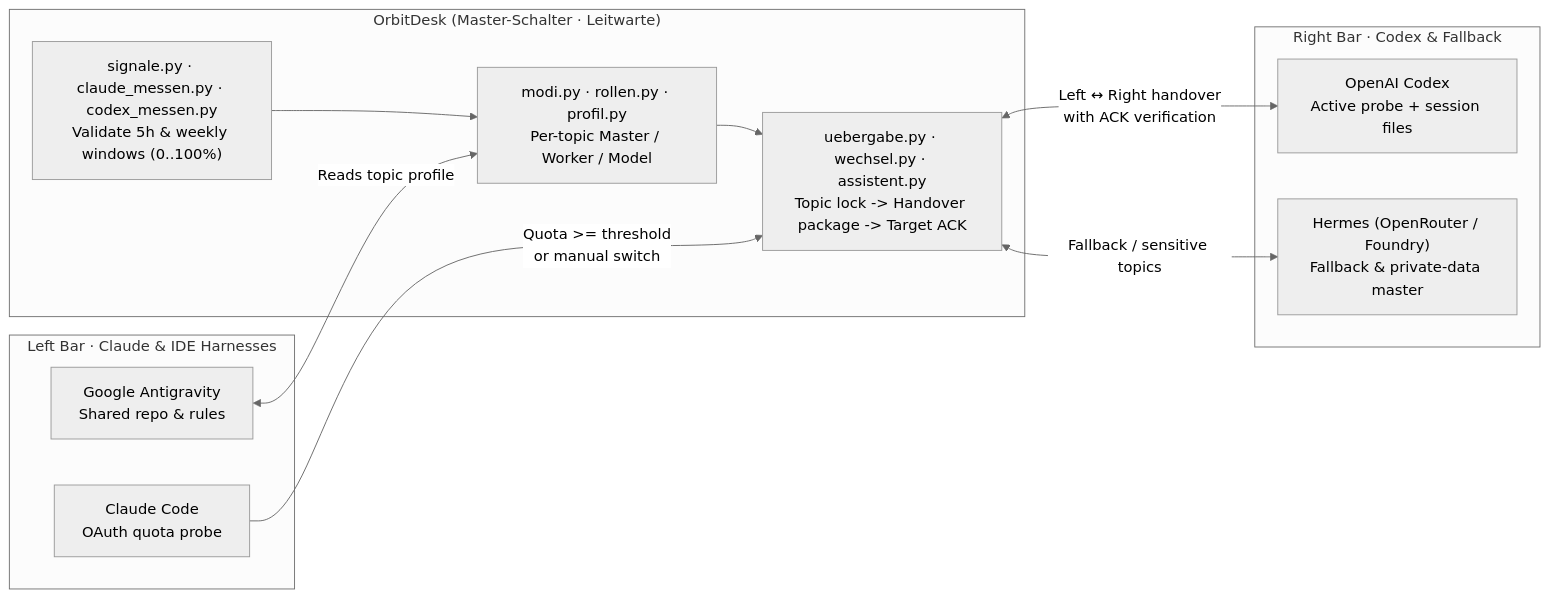
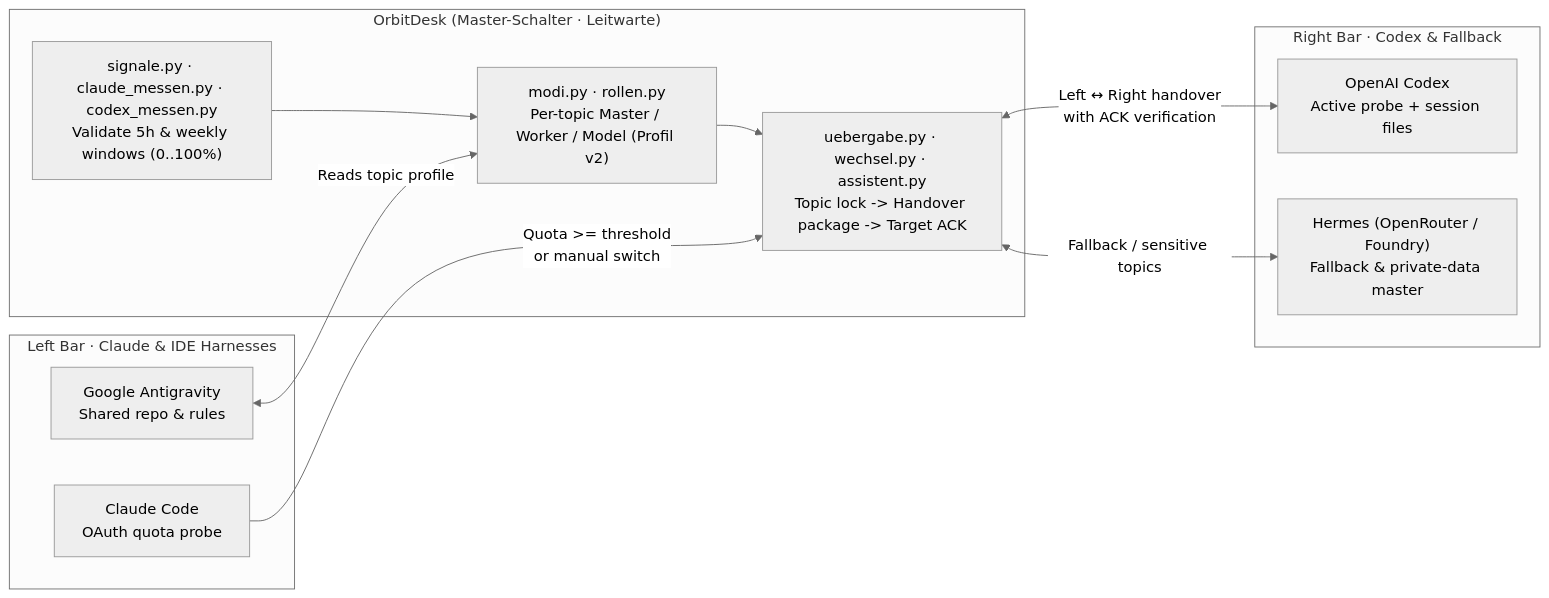
One commit to HeartledAgentEngineer/agentic-ai-software-engineering changed the diagram in projects/master-schalter/README.md. Above: the diagram before and after it, drawn with Mermaid (neutral theme). The commit also changed other lines of this file and 7 other files, not shown here.

````diff
--- a/projects/master-schalter/README.md
+++ b/projects/master-schalter/README.md
@@ -17,24 +17,24 @@
 ```mermaid
 flowchart LR
     subgraph Left["Left Bar · Claude & IDE Harnesses"]
         CL["Claude Code<br/>OAuth quota probe"]
         AG["Google Antigravity<br/>Shared repo & rules"]
     end
 
     subgraph OrbitDesk["OrbitDesk (Master-Schalter · Leitwarte)"]
         SIG["signale.py · claude_messen.py · codex_messen.py<br/>Validate 5h & weekly windows (0..100%)"]
-        ROL["modi.py · rollen.py · profil.py<br/>Per-topic Master / Worker / Model"]
+        ROL["modi.py · rollen.py<br/>Per-topic Master / Worker / Model (Profil v2)"]
         UEB["uebergabe.py · wechsel.py · assistent.py<br/>Topic lock -> Handover package -> Target ACK"]
         SIG --> ROL --> UEB
     end
 
     subgraph Right["Right Bar · Codex & Fallback"]
         CX["OpenAI Codex<br/>Active probe + session files"]
         HM["Hermes (OpenRouter / Foundry)<br/>Fallback & private-data master"]
     end
 
     CL -->|"Quota >= threshold<br/>or manual switch"| UEB
     AG <-->|"Reads topic profile"| ROL
     UEB <-->|"Left ↔ Right handover<br/>with ACK verification"| CX
     UEB <-->|"Fallback / sensitive topics"| HM
 ```
````
